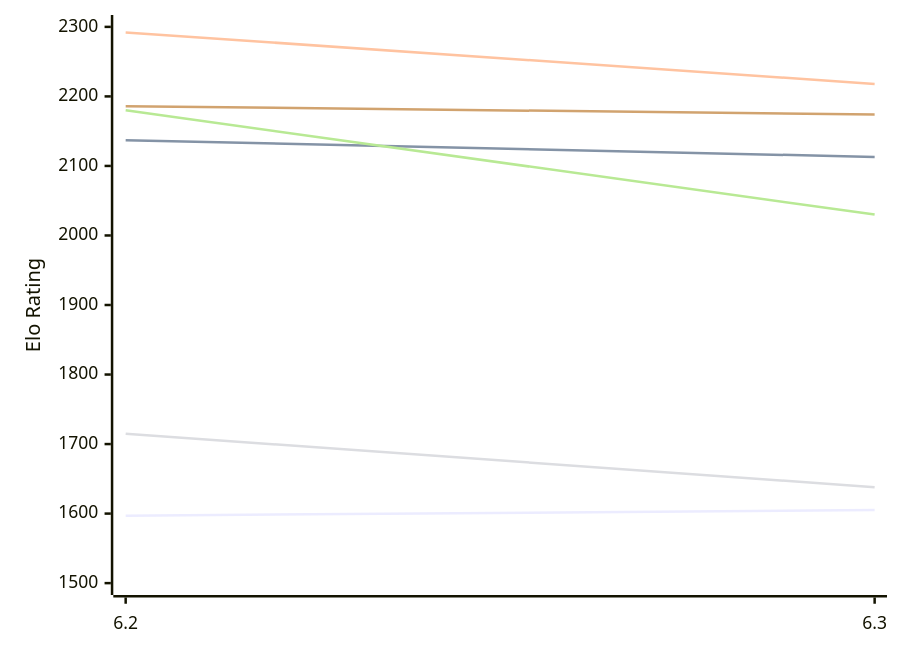
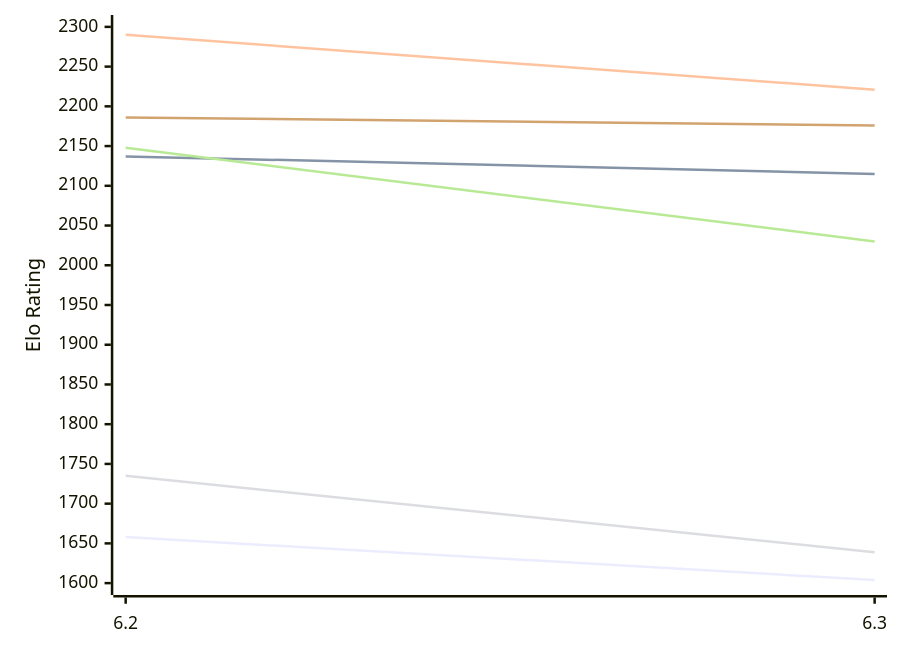
The first of 2 diagrams in engines/chess4j.md (computer-chess-index/cci), drawn with Mermaid before and after one commit. The commit also changed other lines of this file, not shown here.

Commit message:
Update CCI Ratings (ELO VLTC) - 2026-11-16

````diff
--- a/engines/chess4j.md
+++ b/engines/chess4j.md
@@ -50,12 +50,12 @@
 ```mermaid
 %%{init: {"theme":"base","themeVariables":{"seriesColors:['#a3a3a3','#222221','#faa371']}}}%%
 xychart-beta
   x-axis ["6.2", "6.3"]
-  y-axis "Elo Rating" 1500 --> 2300
-  line "E1: STC (8.0+0.08s)" [1597, 1605]
-  line "E1: LTC (60.0+0.60s)" [2137, 2113]
-  line "E1: VLTC (2m24s+1.12s)" [2292, 2218]
-  line "P1: STC (8.0+0.08s)" [1715, 1638]
-  line "P1: LTC (60.0+0.60s)" [2180, 2030]
-  line "P1: VLTC (2m24s+1.12s)" [2186, 2174]
+  y-axis "Elo Rating" 1600 --> 2300
+  line "E1: STC (8.0+0.08s)" [1658, 1604]
+  line "E1: LTC (60.0+0.60s)" [2137, 2115]
+  line "E1: VLTC (2m24s+1.12s)" [2290, 2221]
+  line "P1: STC (8.0+0.08s)" [1735, 1639]
+  line "P1: LTC (60.0+0.60s)" [2148, 2030]
+  line "P1: VLTC (2m24s+1.12s)" [2186, 2176]
 ```
````
